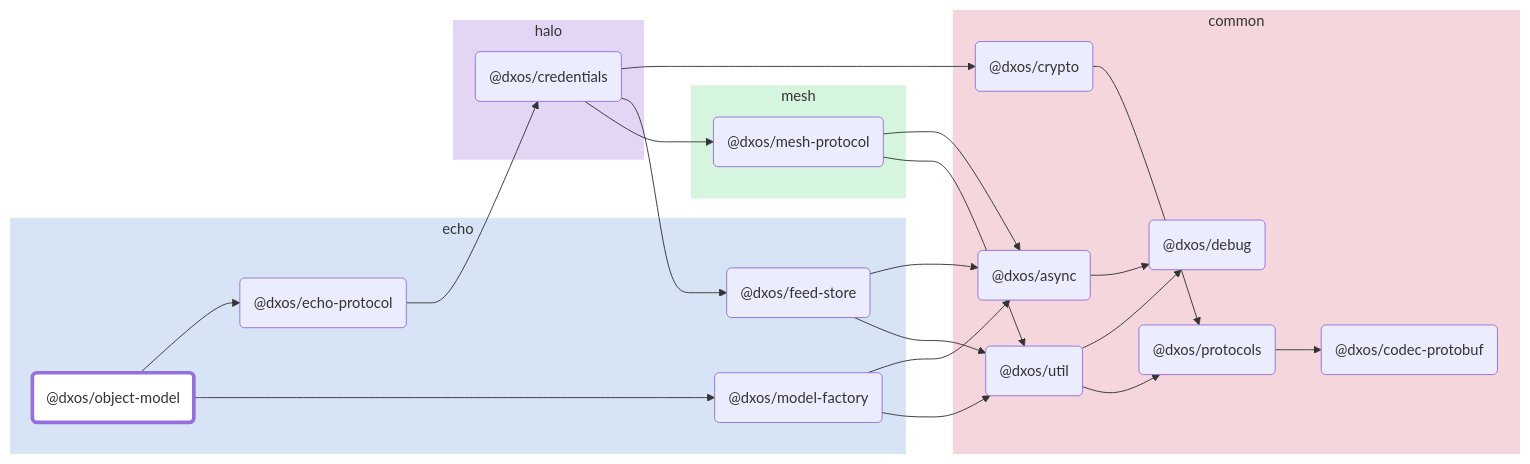
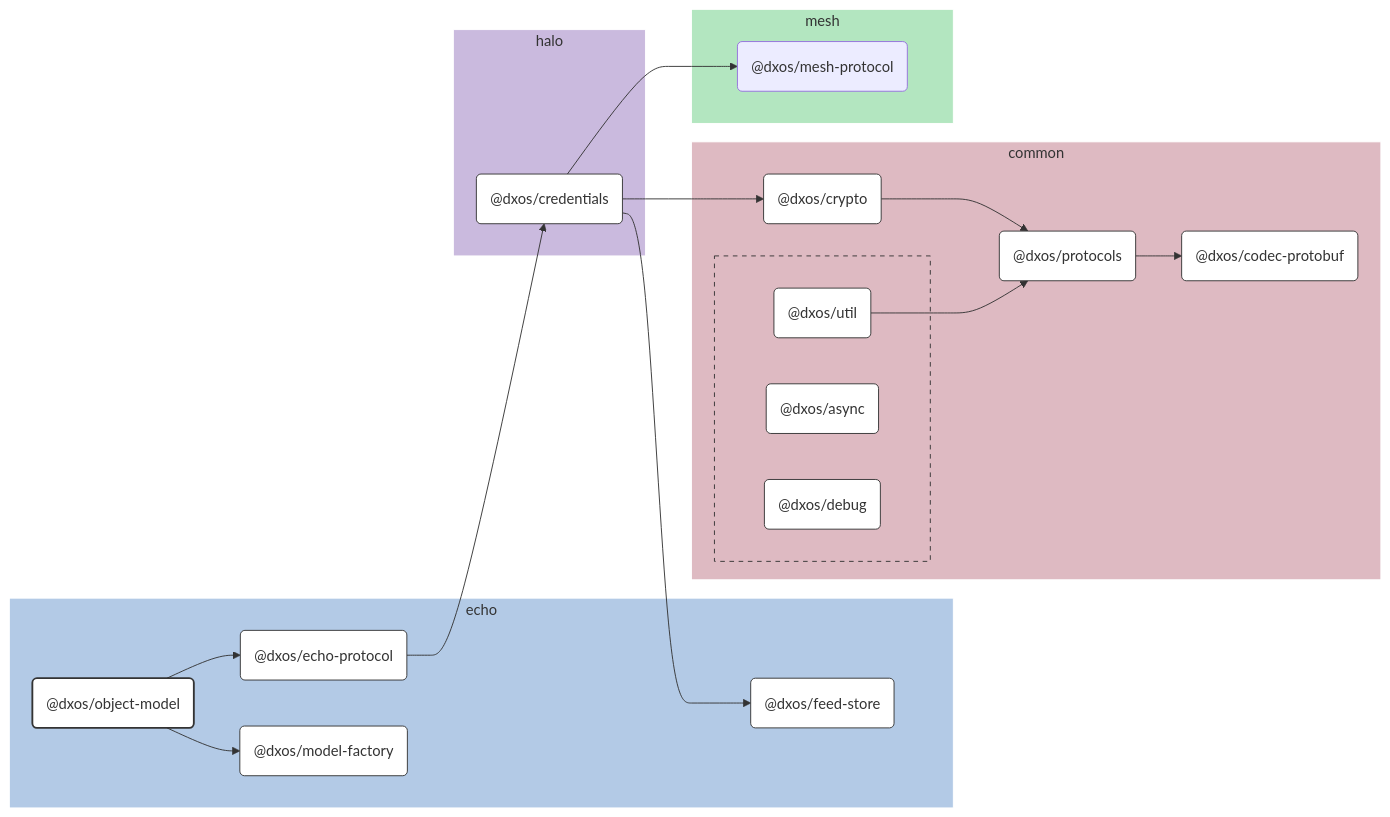
One commit to dxos/dxos changed the diagram in packages/echo/object-model/docs/README.md. Above: the diagram before and after it, drawn with Mermaid. The commit also changed 100 other files, not shown here.

````diff
--- a/packages/echo/object-model/docs/README.md
+++ b/packages/echo/object-model/docs/README.md
@@ -7,62 +7,85 @@
 ```mermaid
-flowchart LR;
+%%{ init: {'flowchart':{'curve':'basis'}} }%%
 
-style dxos/object-model fill:#fff,stroke-width:4px;
+flowchart LR
 
-click dxos/async "https:/github.com/dxos/dxos/tree/main/packages/common/async/docs";
-click dxos/debug "https:/github.com/dxos/dxos/tree/main/packages/common/debug/docs";
-click dxos/codec-protobuf "https:/github.com/dxos/dxos/tree/main/packages/common/codec-protobuf/docs";
-click dxos/echo-protocol "https:/github.com/dxos/dxos/tree/main/packages/echo/echo-protocol/docs";
-click dxos/credentials "https:/github.com/dxos/dxos/tree/main/packages/halo/credentials/docs";
-click dxos/crypto "https:/github.com/dxos/dxos/tree/main/packages/common/crypto/docs";
-click dxos/feed-store "https:/github.com/dxos/dxos/tree/main/packages/echo/feed-store/docs";
-click dxos/protocols "https:/github.com/dxos/dxos/tree/main/packages/common/protocols/docs";
-click dxos/util "https:/github.com/dxos/dxos/tree/main/packages/common/util/docs";
-click dxos/model-factory "https:/github.com/dxos/dxos/tree/main/packages/echo/model-factory/docs";
+%% Links
+dxos/credentials --> dxos/crypto;
+dxos/credentials --> dxos/feed-store;
+dxos/credentials --> dxos/mesh-protocol;
+dxos/crypto --> dxos/protocols;
+dxos/echo-protocol --> dxos/credentials;
+dxos/object-model --> dxos/echo-protocol;
+dxos/object-model --> dxos/model-factory;
+dxos/protocols --> dxos/codec-protobuf;
+dxos/util --> dxos/protocols;
 
+%% Sections
 subgraph echo
-  style echo fill:#d6e4f5,stroke:#fff;
-  dxos/object-model("@dxos/object-model");
-  dxos/echo-protocol("@dxos/echo-protocol");
-  dxos/feed-store("@dxos/feed-store");
-  dxos/model-factory("@dxos/model-factory");
+  style echo fill:#b3cae6,stroke:#fff;
+
+  dxos/echo-protocol("@dxos/echo-protocol")
+  dxos/feed-store("@dxos/feed-store")
+  dxos/model-factory("@dxos/model-factory")
+  dxos/object-model("@dxos/object-model")
 end
 
 subgraph common
-  style common fill:#f5d6dd,stroke:#fff;
-  dxos/async("@dxos/async");
-  dxos/debug("@dxos/debug");
-  dxos/codec-protobuf("@dxos/codec-protobuf");
-  dxos/crypto("@dxos/crypto");
-  dxos/protocols("@dxos/protocols");
-  dxos/util("@dxos/util");
+  style common fill:#debac2,stroke:#fff;
+
+  dxos/codec-protobuf("@dxos/codec-protobuf")
+  dxos/crypto("@dxos/crypto")
+  dxos/protocols("@dxos/protocols")
+
+  subgraph common-excluded [ ]
+    style common-excluded fill:#debac2,stroke:#333,stroke-dasharray:5 5;
+
+    dxos/async("@dxos/async")
+    dxos/debug("@dxos/debug")
+    dxos/util("@dxos/util")
+  end
 end
 
 subgraph halo
-  style halo fill:#e3d6f5,stroke:#fff;
-  dxos/credentials("@dxos/credentials");
+  style halo fill:#cabade,stroke:#fff;
+
+  dxos/credentials("@dxos/credentials")
 end
 
 subgraph mesh
-  style mesh fill:#d6f5de,stroke:#fff;
-  dxos/mesh-protocol("@dxos/mesh-protocol");
+  style mesh fill:#b3e6c0,stroke:#fff;
+
+  dxos/mesh-protocol("@dxos/mesh-protocol")
 end
 
-dxos/async --> dxos/debug;
-dxos/object-model --> dxos/echo-protocol;
-dxos/echo-protocol --> dxos/credentials;
-dxos/credentials --> dxos/crypto;
-dxos/crypto --> dxos/protocols;
-dxos/protocols --> dxos/codec-protobuf;
-dxos/credentials --> dxos/feed-store;
-dxos/feed-store --> dxos/async;
-dxos/feed-store --> dxos/util;
-dxos/util --> dxos/debug;
-dxos/util --> dxos/protocols;
-dxos/credentials --> dxos/mesh-protocol;
-dxos/mesh-protocol --> dxos/async;
-dxos/mesh-protocol --> dxos/util;
-dxos/object-model --> dxos/model-factory;
-dxos/model-factory --> dxos/async;
-dxos/model-factory --> dxos/util;
+
+%% Hyperlinks
+click dxos/async href "https:/github.com/dxos/dxos/tree/main/packages/common/async/docs";
+click dxos/codec-protobuf href "https:/github.com/dxos/dxos/tree/main/packages/common/codec-protobuf/docs";
+click dxos/credentials href "https:/github.com/dxos/dxos/tree/main/packages/halo/credentials/docs";
+click dxos/crypto href "https:/github.com/dxos/dxos/tree/main/packages/common/crypto/docs";
+click dxos/debug href "https:/github.com/dxos/dxos/tree/main/packages/common/debug/docs";
+click dxos/echo-protocol href "https:/github.com/dxos/dxos/tree/main/packages/echo/echo-protocol/docs";
+click dxos/feed-store href "https:/github.com/dxos/dxos/tree/main/packages/echo/feed-store/docs";
+click dxos/model-factory href "https:/github.com/dxos/dxos/tree/main/packages/echo/model-factory/docs";
+click dxos/protocols href "https:/github.com/dxos/dxos/tree/main/packages/common/protocols/docs";
+click dxos/util href "https:/github.com/dxos/dxos/tree/main/packages/common/util/docs";
+
+%% Styles
+classDef rootNode fill:#fff,stroke:#333,stroke-width:2px
+classDef defaultNode fill:#fff,stroke:#333,stroke-width:1px
+linkStyle default stroke:#333,stroke-width:1px
+
+dxos/object-model:::rootNode
+
+dxos/async:::defaultNode
+dxos/codec-protobuf:::defaultNode
+dxos/credentials:::defaultNode
+dxos/crypto:::defaultNode
+dxos/debug:::defaultNode
+dxos/echo-protocol:::defaultNode
+dxos/feed-store:::defaultNode
+dxos/model-factory:::defaultNode
+dxos/protocols:::defaultNode
+dxos/util:::defaultNode
 ```
````
